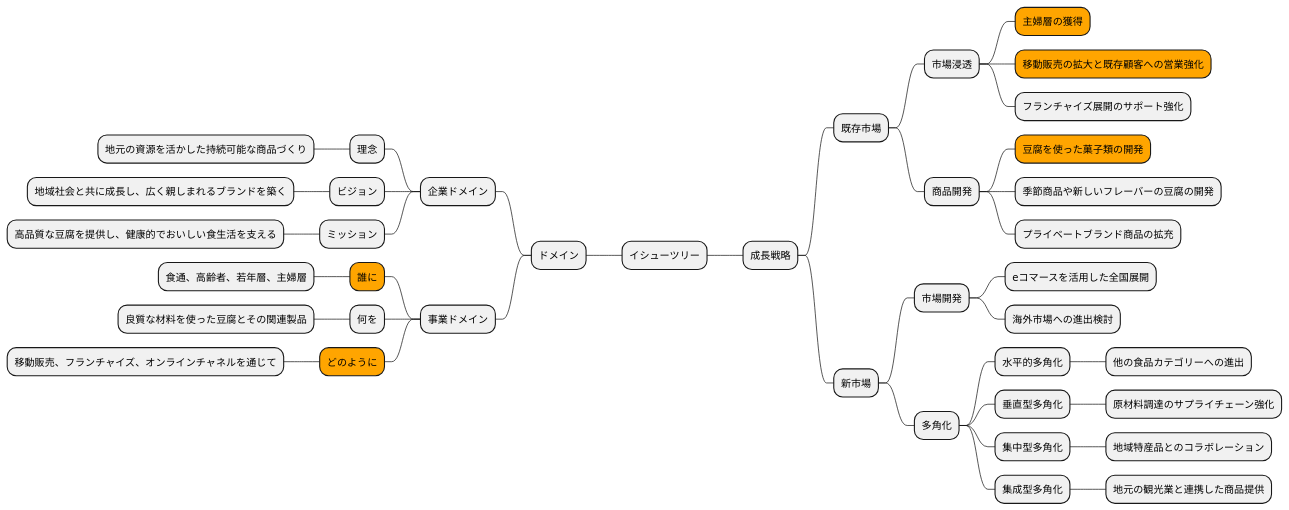
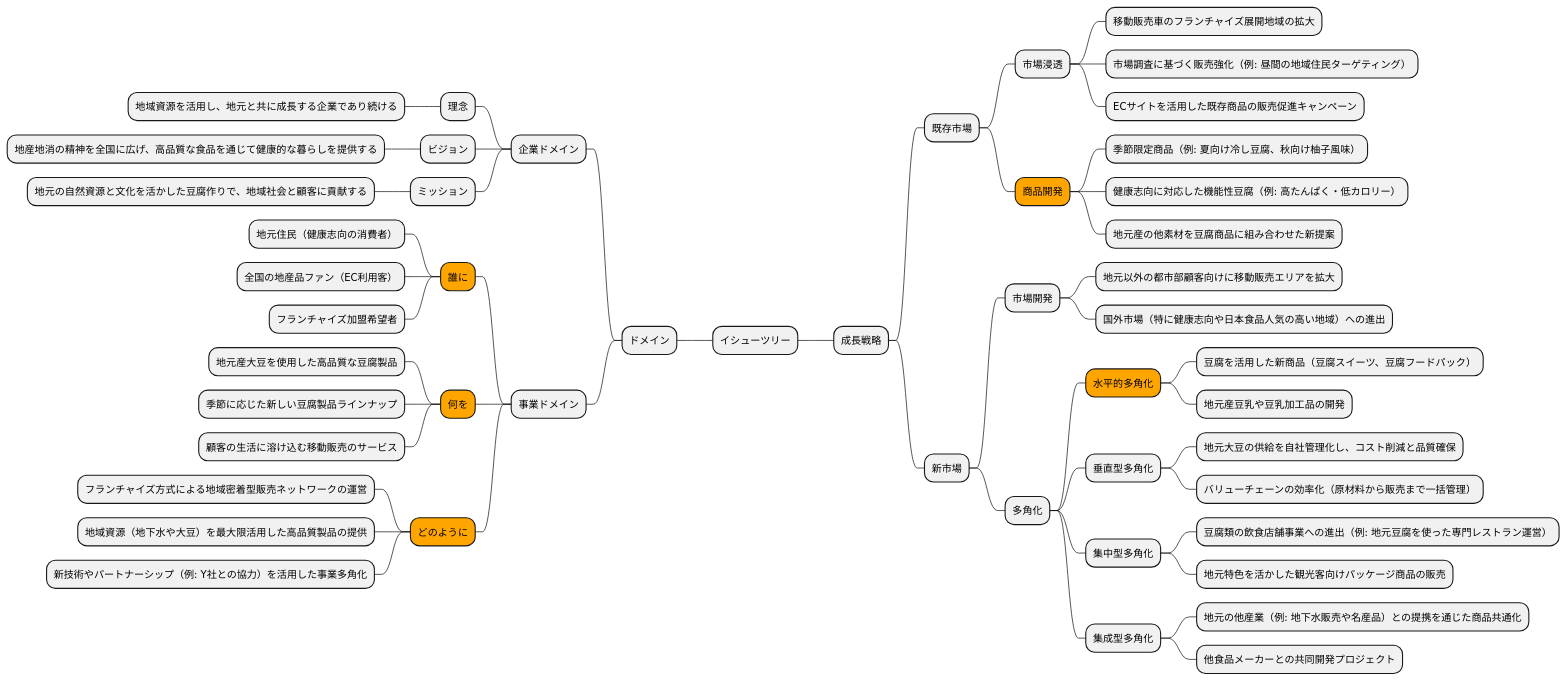
Before and after one commit to k2works/case-study-business-analysis: the seventh of 19 diagrams in docs/case/r03_case_2.adoc, drawn with PlantUML. The commit also changed other lines of this file, not shown here.

```diff
--- a/docs/case/r03_case_2.adoc
+++ b/docs/case/r03_case_2.adoc
@@ -263,48 +263,58 @@
 [plantuml]
 ----
 @startmindmap
 
 * イシューツリー
 left side
 ** ドメイン
 *** 企業ドメイン
 **** 理念
-***** 地元の資源を活かした持続可能な商品づくり
+***** 地域資源を活用し、地元と共に成長する企業であり続ける
 **** ビジョン
-***** 地域社会と共に成長し、広く親しまれるブランドを築く
+***** 地産地消の精神を全国に広げ、高品質な食品を通じて健康的な暮らしを提供する
 **** ミッション
-***** 高品質な豆腐を提供し、健康的でおいしい食生活を支える
+***** 地元の自然資源と文化を活かした豆腐作りで、地域社会と顧客に貢献する
 *** 事業ドメイン
 ****[#orange] 誰に
-***** 食通、高齢者、若年層、主婦層
-**** 何を
-***** 良質な材料を使った豆腐とその関連製品
+***** 地元住民（健康志向の消費者）
+***** 全国の地産品ファン（EC利用客）
+***** フランチャイズ加盟希望者
+****[#orange] 何を
+***** 地元産大豆を使用した高品質な豆腐製品
+***** 季節に応じた新しい豆腐製品ラインナップ
+***** 顧客の生活に溶け込む移動販売のサービス
 ****[#orange] どのように
-***** 移動販売、フランチャイズ、オンラインチャネルを通じて
+***** フランチャイズ方式による地域密着型販売ネットワークの運営
+***** 地域資源（地下水や大豆）を最大限活用した高品質製品の提供
+***** 新技術やパートナーシップ（例: Y社との協力）を活用した事業多角化
 right side
 ** 成長戦略
 *** 既存市場
 **** 市場浸透
-*****[#orange] 主婦層の獲得
-*****[#orange] 移動販売の拡大と既存顧客への営業強化
-***** フランチャイズ展開のサポート強化
-**** 商品開発
-*****[#orange] 豆腐を使った菓子類の開発
-***** 季節商品や新しいフレーバーの豆腐の開発
-***** プライベートブランド商品の拡充
+***** 移動販売車のフランチャイズ展開地域の拡大
+***** 市場調査に基づく販売強化（例: 昼間の地域住民ターゲティング）
+***** ECサイトを活用した既存商品の販売促進キャンペーン
+****[#orange] 商品開発
+***** 季節限定商品（例: 夏向け冷し豆腐、秋向け柚子風味）
+***** 健康志向に対応した機能性豆腐（例: 高たんぱく・低カロリー）
+***** 地元産の他素材を豆腐商品に組み合わせた新提案
 *** 新市場
 **** 市場開発
-***** eコマースを活用した全国展開
-***** 海外市場への進出検討
+***** 地元以外の都市部顧客向けに移動販売エリアを拡大
+***** 国外市場（特に健康志向や日本食品人気の高い地域）への進出
 **** 多角化
-***** 水平的多角化
-****** 他の食品カテゴリーへの進出
+*****[#orange] 水平的多角化
+****** 豆腐を活用した新商品（豆腐スイーツ、豆腐フードパック）
+****** 地元産豆乳や豆乳加工品の開発
 ***** 垂直型多角化
-****** 原材料調達のサプライチェーン強化
+****** 地元大豆の供給を自社管理化し、コスト削減と品質確保
+****** バリューチェーンの効率化（原材料から販売まで一括管理）
 ***** 集中型多角化
-****** 地域特産品とのコラボレーション
+****** 豆腐類の飲食店舗事業への進出（例: 地元豆腐を使った専門レストラン運営）
+****** 地元特色を活かした観光客向けパッケージ商品の販売
 ***** 集成型多角化
-****** 地元の観光業と連携した商品提供
+****** 地元の他産業（例: 地下水販売や名産品）との提携を通じた商品共通化
+****** 他食品メーカーとの共同開発プロジェクト
 
 @endmindmap
 ----
```
